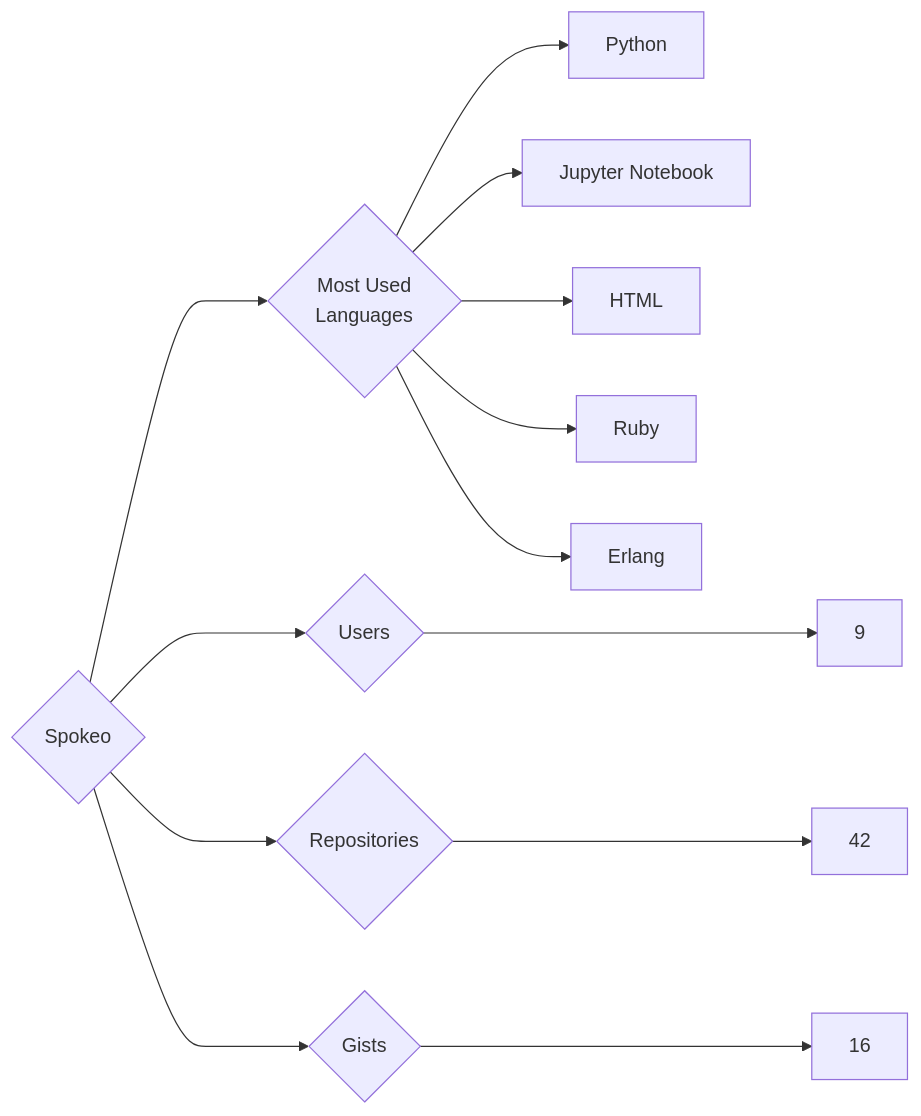
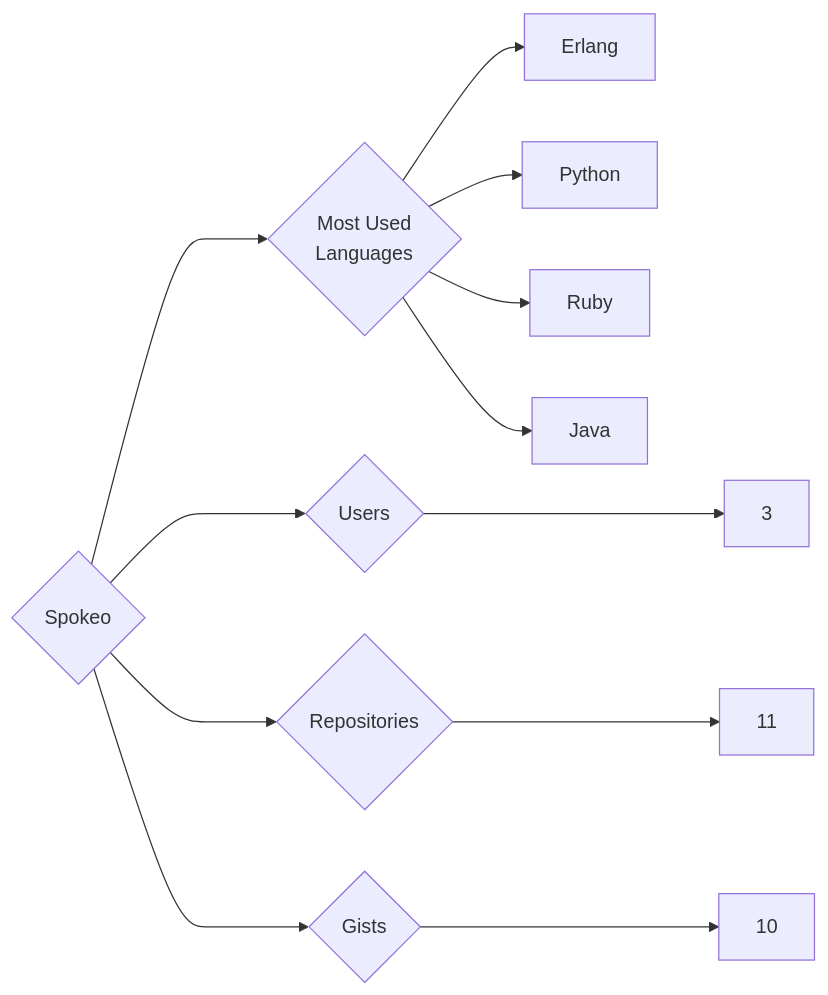
The diagram in targets/Spokeo/README.md (trickest/insiders), drawn with Mermaid before and after one commit. The commit also changed 815 other files, not shown here.

````diff
--- a/targets/Spokeo/README.md
+++ b/targets/Spokeo/README.md
@@ -3,13 +3,12 @@
 ```mermaid
 graph LR
 COMPANY_NAME{Spokeo}
-COMPANY_NAME ---> U{Users} ---> UN[9]
-COMPANY_NAME ---> R{Repositories} ---> RN[42]
-COMPANY_NAME ---> G{Gists} ---> GN[16]
+COMPANY_NAME ---> U{Users} ---> UN[3]
+COMPANY_NAME ---> R{Repositories} ---> RN[11]
+COMPANY_NAME ---> G{Gists} ---> GN[10]
 COMPANY_NAME ---> ML{Most Used<br>Languages}
+ML --> Erlang[Erlang]
 ML --> Python[Python]
-ML --> Jupyter_Notebook[Jupyter Notebook]
-ML --> HTML[HTML]
 ML --> Ruby[Ruby]
-ML --> Erlang[Erlang]
+ML --> Java[Java]
 ```
````
